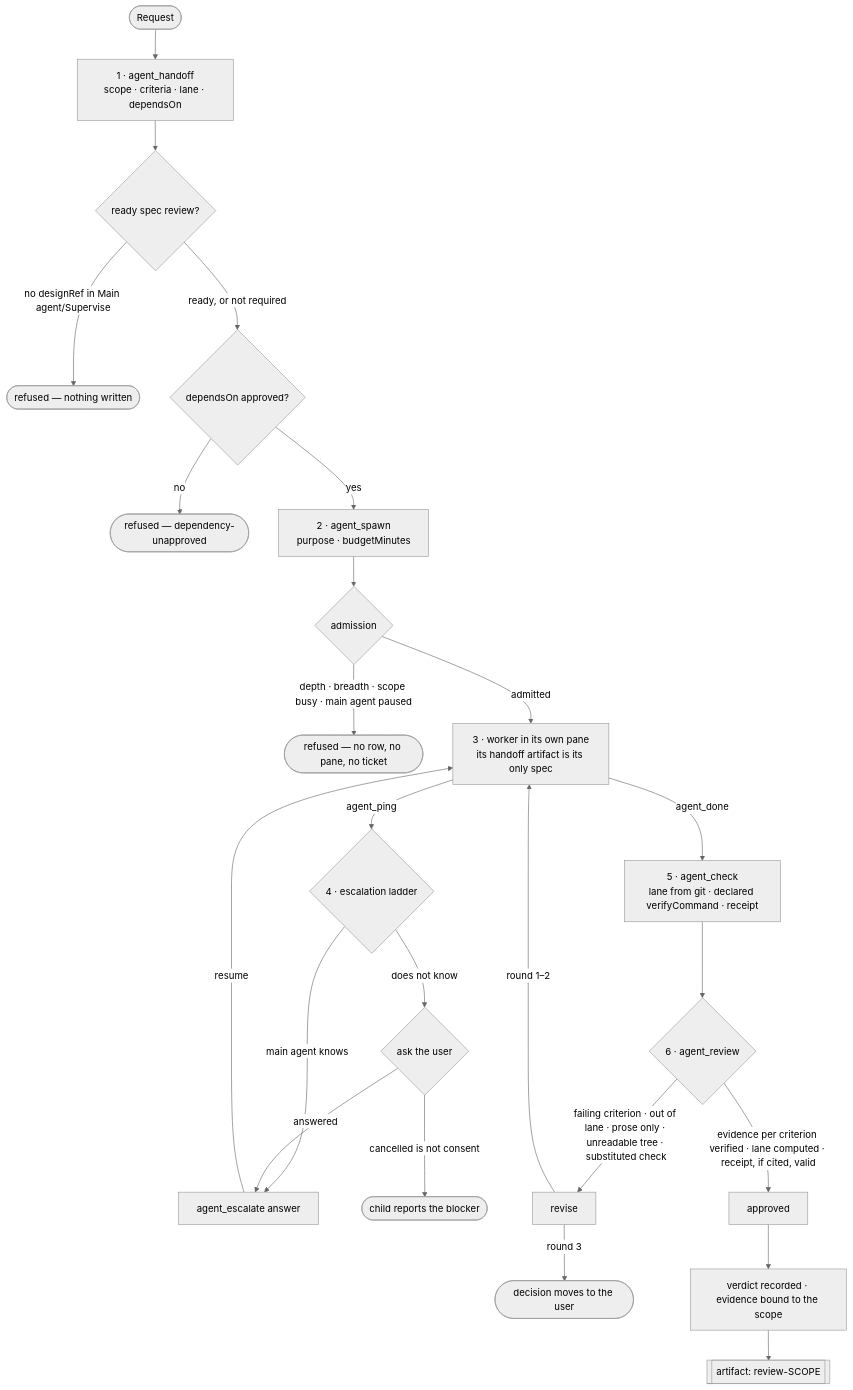
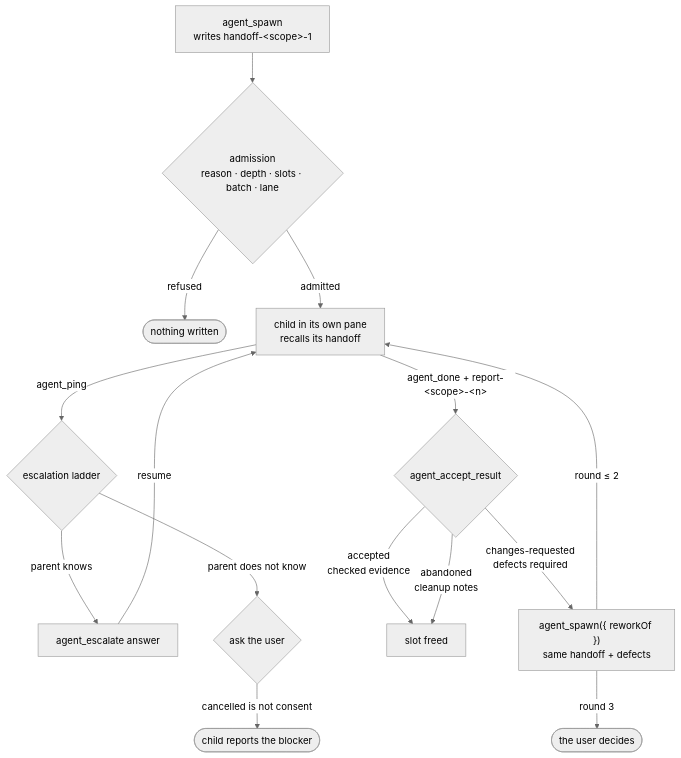
Before and after one commit to 0xfzz/my-pi-setup: the first of 2 diagrams in docs/delegation.md, drawn with Mermaid (neutral theme). The commit also changed other lines of this file and 6 other files, not shown here.

````diff
--- a/docs/delegation.md
+++ b/docs/delegation.md
@@ -56,26 +38,17 @@
 ```mermaid
 flowchart TD
-    req(["Request"]) --> author["1 · agent_handoff<br/>scope · criteria · lane · dependsOn"]
-    author --> design{"ready spec review?"}
-    design -->|"no designRef in Main agent/Supervise"| refuseA(["refused — nothing written"])
-    design -->|"ready, or not required"| deps{"dependsOn approved?"}
-    deps -->|"no"| refuseB(["refused — dependency-unapproved"])
-    deps -->|"yes"| spawn["2 · agent_spawn<br/>purpose · budgetMinutes"]
-    spawn --> admit{"admission"}
-    admit -->|"depth · breadth · scope busy · main agent paused"| refuseC(["refused — no row, no pane, no ticket"])
-    admit -->|"admitted"| work["3 · worker in its own pane<br/>its handoff artifact is its only spec"]
-    work -->|"agent_ping"| ladder{"4 · escalation ladder"}
-    ladder -->|"main agent knows"| answer["agent_escalate answer"]
-    ladder -->|"does not know"| user{"ask the user"}
-    user -->|"answered"| answer
+    spawn["agent_spawn<br/>writes handoff-&lt;scope&gt;-1"] --> admit{"admission<br/>reason · depth · slots · batch · lane"}
+    admit -->|"refused"| nothing(["nothing written"])
+    admit -->|"admitted"| pane["child in its own pane<br/>recalls its handoff"]
+    pane -->|"agent_ping"| ladder{"escalation ladder"}
+    ladder -->|"parent knows"| answer["agent_escalate answer"]
+    ladder -->|"parent does not know"| user{"ask the user"}
     user -->|"cancelled is not consent"| blocker(["child reports the blocker"])
-    answer -->|"resume"| work
-    work -->|"agent_done"| check["5 · agent_check<br/>lane from git · declared verifyCommand · receipt"]
-    check --> review{"6 · agent_review"}
-    review -->|"failing criterion · out of lane · prose only · unreadable tree · substituted check"| revise["revise"]
-    revise -->|"round 1–2"| work
-    revise -->|"round 3"| handOver(["decision moves to the user"])
-    review -->|"evidence per criterion verified · lane computed · receipt, if cited, valid"| approve["approved"]
-    approve --> settle["verdict recorded · evidence bound to the scope"]
-    settle --> record[["artifact: review-SCOPE"]]
+    answer -->|"resume"| pane
+    pane -->|"agent_done + report-&lt;scope&gt;-&lt;n&gt;"| verdict{"agent_accept_result"}
+    verdict -->|"accepted<br/>checked evidence"| free["slot freed"]
+    verdict -->|"changes-requested<br/>defects required"| rework["agent_spawn({ reworkOf })<br/>same handoff + defects"]
+    rework -->|"round ≤ 2"| pane
+    rework -->|"round 3"| user2(["the user decides"])
+    verdict -->|"abandoned<br/>cleanup notes"| free
 ```
````
